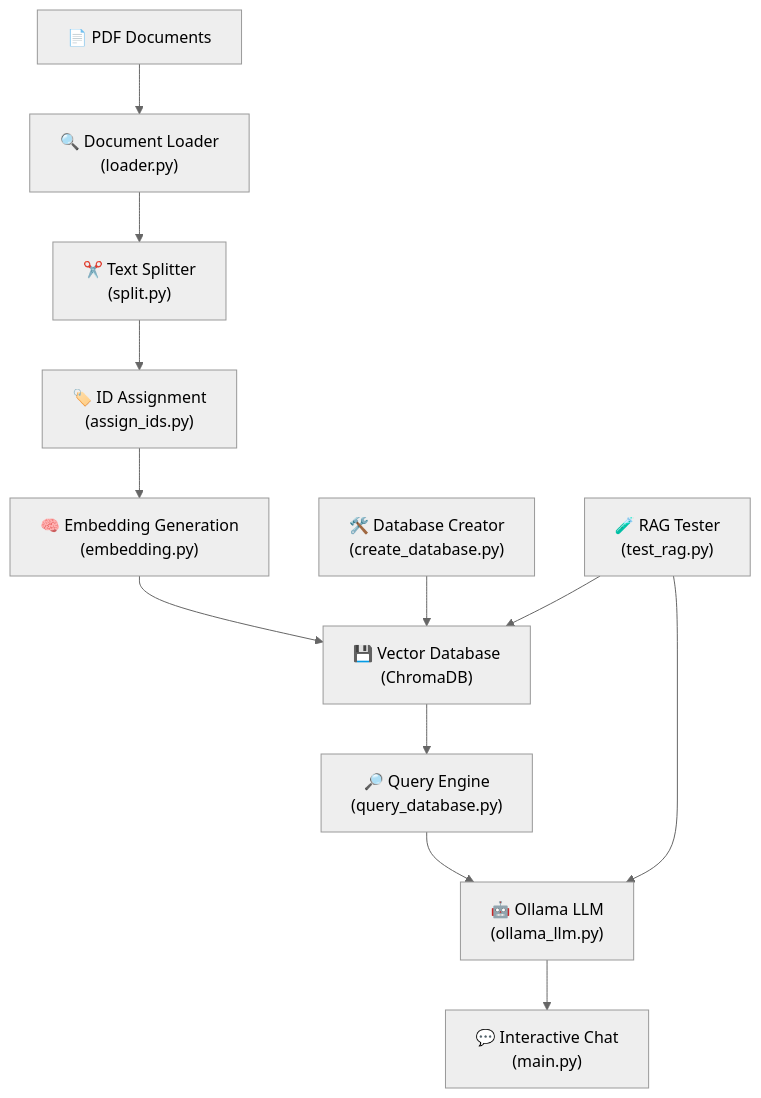
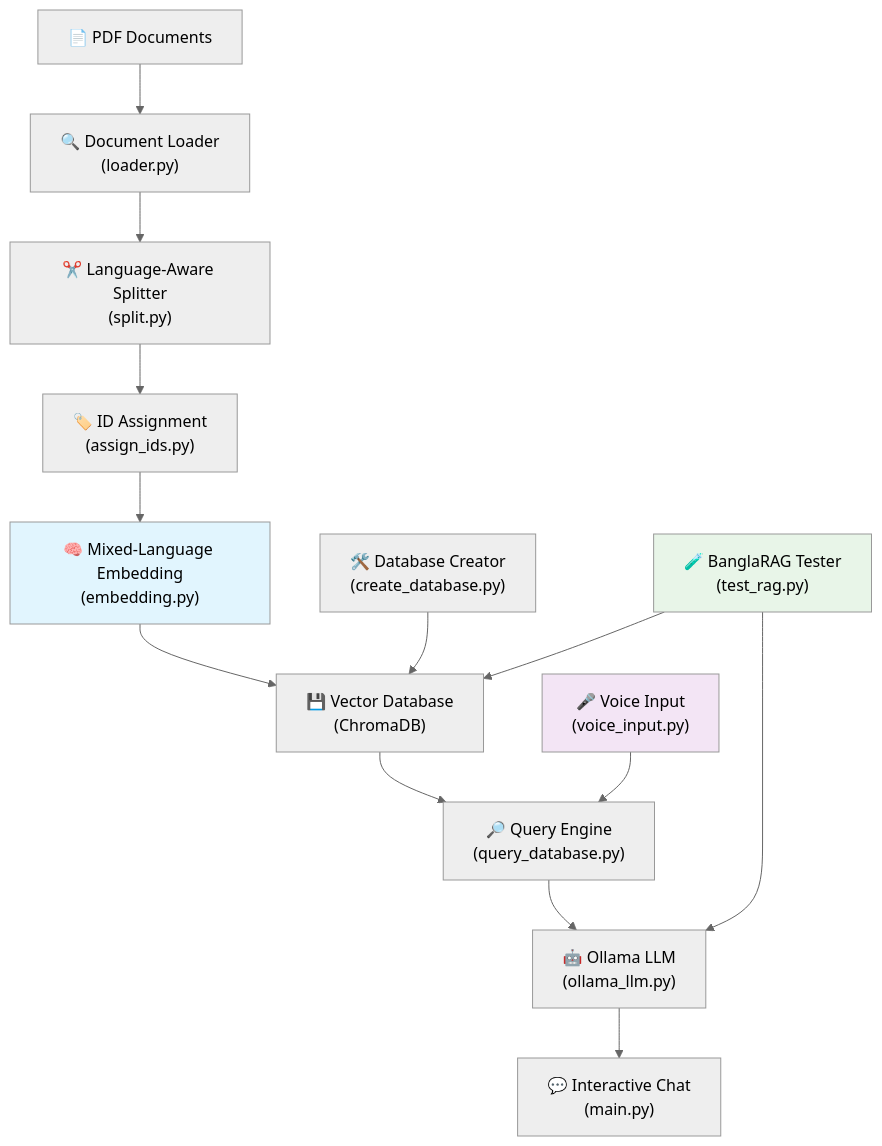
One commit to sunjilkh/Ollama-Pdf-RAG-System-Local changed the diagram in README.md. Above: the diagram before and after it, drawn with Mermaid (neutral theme). The commit also changed other lines of this file and 43 other files, not shown here.

````diff
--- a/README.md
+++ b/README.md
@@ -17,16 +38,21 @@
 ```mermaid
 graph TD
     A["📄 PDF Documents"] --> B["🔍 Document Loader<br/>(loader.py)"]
-    B --> C["✂️ Text Splitter<br/>(split.py)"]
+    B --> C["✂️ Language-Aware Splitter<br/>(split.py)"]
     C --> D["🏷️ ID Assignment<br/>(assign_ids.py)"]
-    D --> E["🧠 Embedding Generation<br/>(embedding.py)"]
+    D --> E["🧠 Mixed-Language Embedding<br/>(embedding.py)"]
     E --> F["💾 Vector Database<br/>(ChromaDB)"]
 
     F --> G["🔎 Query Engine<br/>(query_database.py)"]
     G --> H["🤖 Ollama LLM<br/>(ollama_llm.py)"]
     H --> I["💬 Interactive Chat<br/>(main.py)"]
 
-    J["🛠️ Database Creator<br/>(create_database.py)"] --> F
-    K["🧪 RAG Tester<br/>(test_rag.py)"] --> F
-    K --> H
+    J["🎤 Voice Input<br/>(voice_input.py)"] --> G
+    K["🛠️ Database Creator<br/>(create_database.py)"] --> F
+    L["🧪 BanglaRAG Tester<br/>(test_rag.py)"] --> F
+    L --> H
+
+    style E fill:#e1f5fe
+    style J fill:#f3e5f5
+    style L fill:#e8f5e8
 ```
````
